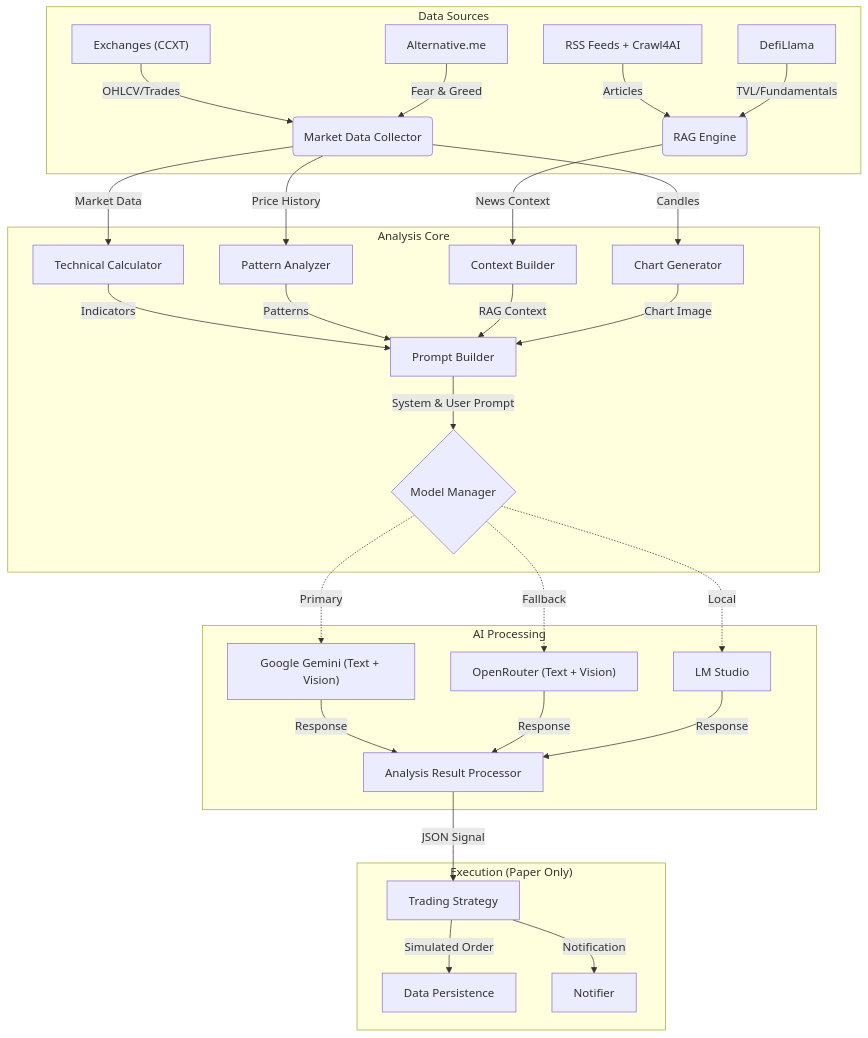
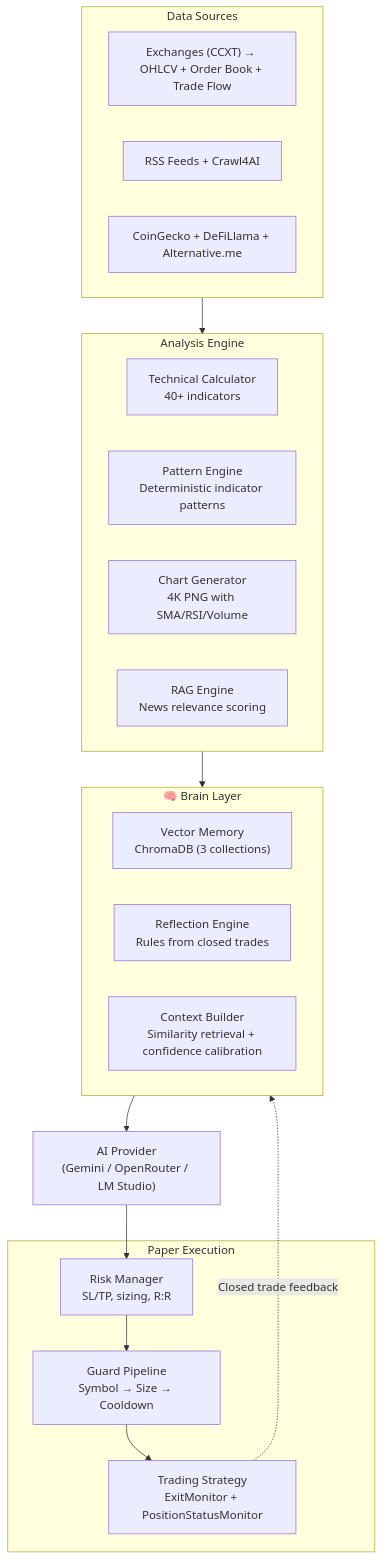
One commit to qrak/LLM_trader changed the diagram in README.md. Above: the diagram before and after it, drawn with Mermaid. The commit also changed other lines of this file and 14 other files, not shown here.

First line of the commit message:
Implement real trading execution plan for Binance, including jurisdiction guard and retry mechanism for ticker fetch

````diff
--- a/README.md
+++ b/README.md
@@ -220,42 +86,29 @@
 ```mermaid
-graph TD
-    subgraph Data Sources
-        Ex["Exchanges (CCXT)"] --> |OHLCV/Trades| DC(Market Data Collector)
-        News[RSS Feeds + Crawl4AI] --> |Articles| RAG(RAG Engine)
-        Sent[Alternative.me] --> |Fear & Greed| DC
-        DeFi[DefiLlama] --> |TVL/Fundamentals| RAG
+flowchart TB
+    subgraph Data["Data Sources"]
+        EX["Exchanges (CCXT) → OHLCV + Order Book + Trade Flow"]
+        NEWS["RSS Feeds + Crawl4AI"]
+        FUND["CoinGecko + DeFiLlama + Alternative.me"]
     end
-
-    subgraph Analysis Core
-        DC --> |Market Data| TC[Technical Calculator]
-        DC --> |Price History| PA[Pattern Analyzer]
-        DC --> |Candles| CG[Chart Generator]
-        
-        RAG --> |News Context| CB[Context Builder]
-        
-        %% Orchestration / Assembly
-        TC --> |Indicators| PB[Prompt Builder]
-        PA --> |Patterns| PB
-        CB --> |RAG Context| PB
-        CG --> |Chart Image| PB
-        
-        PB --> |System & User Prompt| MM{Model Manager}
+    subgraph Analysis["Analysis Engine"]
+        TC["Technical Calculator<br/>40+ indicators"]
+        PE["Pattern Engine<br/>Deterministic indicator patterns"]
+        CG["Chart Generator<br/>4K PNG with SMA/RSI/Volume"]
+        RAG["RAG Engine<br/>News relevance scoring"]
     end
-
-    subgraph AI Processing
-        %% Provider Selection Logic (Sequential / Fallback)
-        MM -.-> |Primary| Google["Google Gemini (Text + Vision)"]
-        MM -.-> |Fallback| OR["OpenRouter (Text + Vision)"]
-        MM -.-> |Local| Local["LM Studio"]
-        
-        Google --> |Response| ARP[Analysis Result Processor]
-        OR --> |Response| ARP
-        Local --> |Response| ARP
+    subgraph Brain["🧠 Brain Layer"]
+        VM["Vector Memory<br/>ChromaDB (3 collections)"]
+        REFL["Reflection Engine<br/>Rules from closed trades"]
+        CTX["Context Builder<br/>Similarity retrieval + confidence calibration"]
     end
-
-    subgraph Execution ["Execution (Paper Only)"]
-        ARP --> |JSON Signal| TS[Trading Strategy]
-        TS --> |Simulated Order| DP[Data Persistence]
-        TS --> |Notification| DN["Notifier"]
+    subgraph Execution["Paper Execution"]
+        RP["Risk Manager<br/>SL/TP, sizing, R:R"]
+        GP["Guard Pipeline<br/>Symbol → Size → Cooldown"]
+        STRAT["Trading Strategy<br/>ExitMonitor + PositionStatusMonitor"]
     end
+    Data --> Analysis
+    Analysis --> Brain
+    Brain --> AI["AI Provider<br/>(Gemini / OpenRouter / LM Studio)"]
+    AI --> RP --> GP --> STRAT
+    STRAT -.->|Closed trade feedback| Brain
 ```
````
